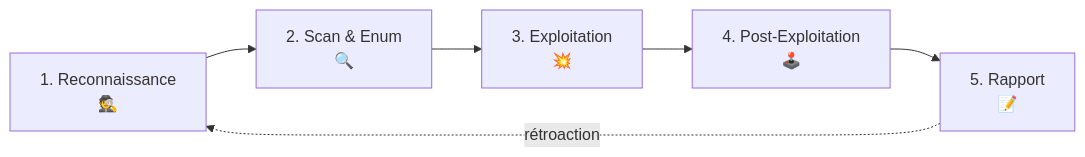
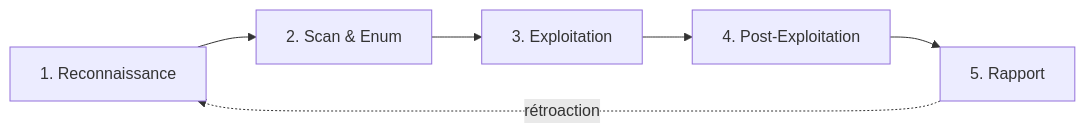
The second of 2 diagrams in public/offsidian/vault/Cybersécurité Offensive/Cybersécurité Offensive.md (F0X-hack/foxhack.fr), drawn with Mermaid before and after one commit. The commit also changed other lines of this file and 369 other files, not shown here.

````diff
--- a/public/offsidian/vault/Cybersécurité Offensive/Cybersécurité Offensive.md
+++ b/public/offsidian/vault/Cybersécurité Offensive/Cybersécurité Offensive.md
@@ -148,8 +148,8 @@
 ```mermaid
 flowchart LR
-    A[1. Reconnaissance<br>🕵️] --> B[2. Scan & Enum<br>🔍]
-    B --> C[3. Exploitation<br>💥]
-    C --> D[4. Post-Exploitation<br>🕹️]
-    D --> E[5. Rapport<br>📝]
+    A[1. Reconnaissance<br>] --> B[2. Scan & Enum<br>]
+    B --> C[3. Exploitation<br>]
+    C --> D[4. Post-Exploitation<br>]
+    D --> E[5. Rapport<br>]
     E -.->|rétroaction| A
 ```
````
